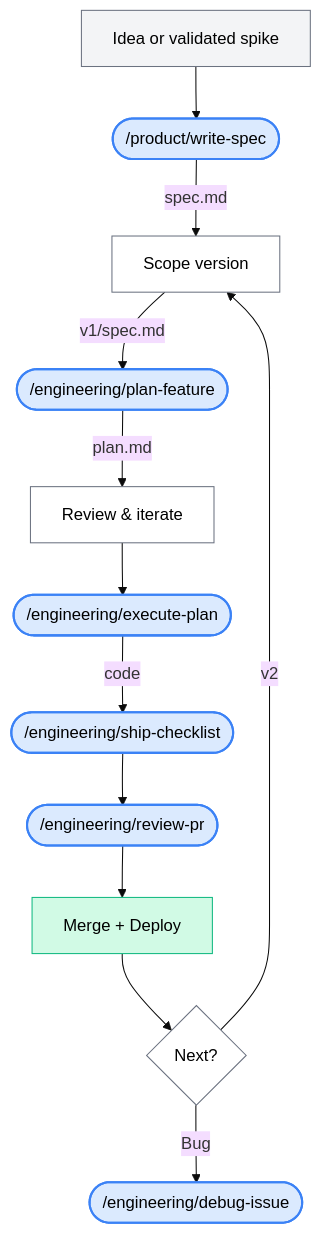
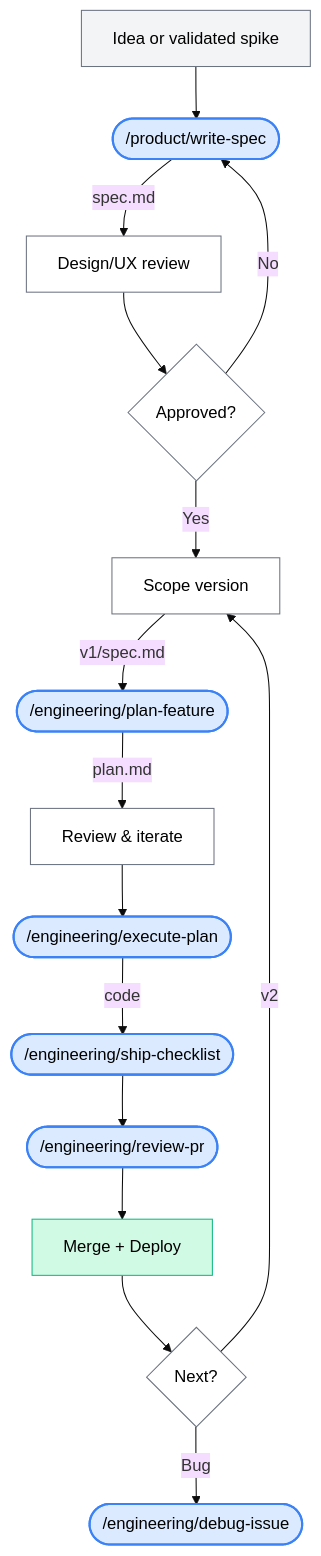
Before and after one commit to DalgoT4D/dalgo-core: the second of 2 diagrams in README.md, drawn with Mermaid (base theme).

````diff
--- a/README.md
+++ b/README.md
@@ -85,26 +85,31 @@
 ```mermaid
 flowchart TD
     A["Idea or validated spike"] --> B(["/product/write-spec"])
-    B --> |"spec.md"| C["Scope version"]
+    B --> |"spec.md"| DR["Design/UX review"]
+    DR --> DRG{Approved?}
+    DRG --> |Yes| C["Scope version"]
+    DRG --> |No| B
     C --> |"v1/spec.md"| D(["/engineering/plan-feature"])
     D --> |"plan.md"| E["Review & iterate"]
     E --> F(["/engineering/execute-plan"])
     F --> |"code"| G(["/engineering/ship-checklist"])
     G --> H(["/engineering/review-pr"])
     H --> I["Merge + Deploy"]
     I --> J{Next?}
     J --> |Bug| K(["/engineering/debug-issue"])
     J --> |v2| C
 
     style A fill:#f3f4f6,stroke:#6b7280,color:#000
     style B fill:#dbeafe,stroke:#3b82f6,color:#000,stroke-width:2px
+    style DR fill:#fff,stroke:#6b7280,color:#000
+    style DRG fill:#fff,stroke:#6b7280,color:#000
     style C fill:#fff,stroke:#6b7280,color:#000
     style D fill:#dbeafe,stroke:#3b82f6,color:#000,stroke-width:2px
     style E fill:#fff,stroke:#6b7280,color:#000
     style F fill:#dbeafe,stroke:#3b82f6,color:#000,stroke-width:2px
     style G fill:#dbeafe,stroke:#3b82f6,color:#000,stroke-width:2px
     style H fill:#dbeafe,stroke:#3b82f6,color:#000,stroke-width:2px
     style I fill:#d1fae5,stroke:#10b981,color:#000
     style J fill:#fff,stroke:#6b7280,color:#000
     style K fill:#dbeafe,stroke:#3b82f6,color:#000,stroke-width:2px
 ```
````
